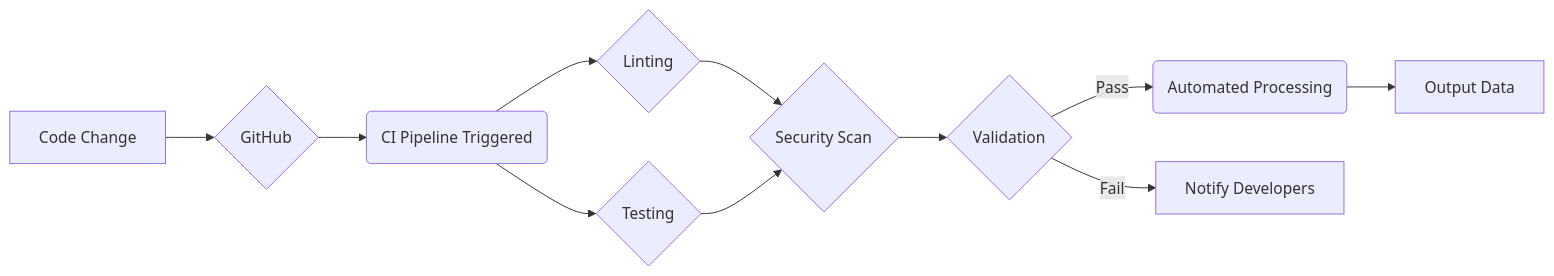
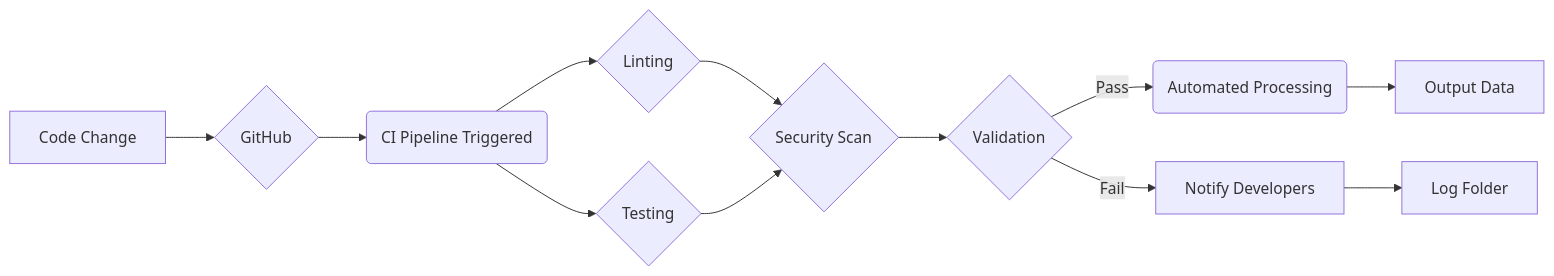
One commit to neozeph/devops-csv-automation changed the second of 2 diagrams in README.md. Above: the diagram before and after it, drawn with Mermaid. The commit also changed other lines of this file, not shown here.

````diff
--- a/README.md
+++ b/README.md
@@ -205,13 +223,14 @@
 ```mermaid
 graph LR
     A[Code Change] --> B{GitHub}
     B --> C(CI Pipeline Triggered)
     C --> D{Linting}
     C --> E{Testing}
     D --> F{Security Scan}
     E --> F
     F --> G{Validation}
     G -- Pass --> H(Automated Processing)
     H --> I[Output Data]
     G -- Fail --> J[Notify Developers]
+    J --> K[Log Folder]
 ```
````
